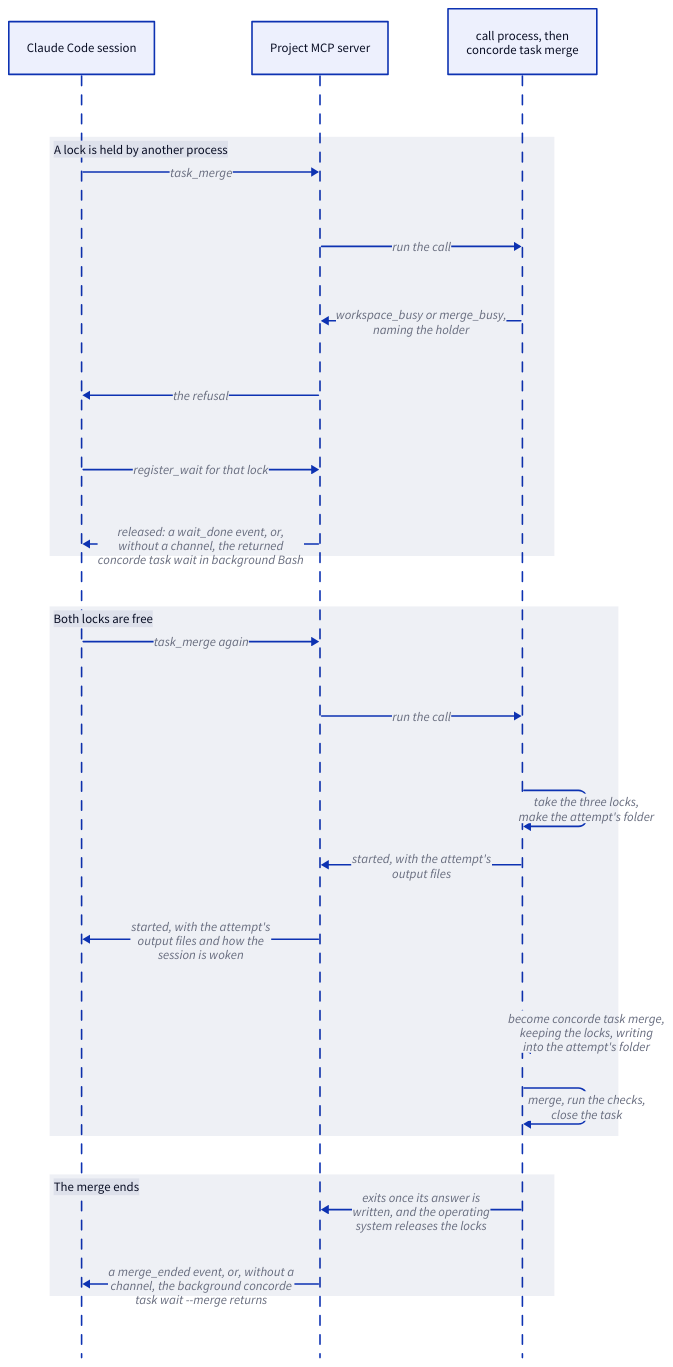
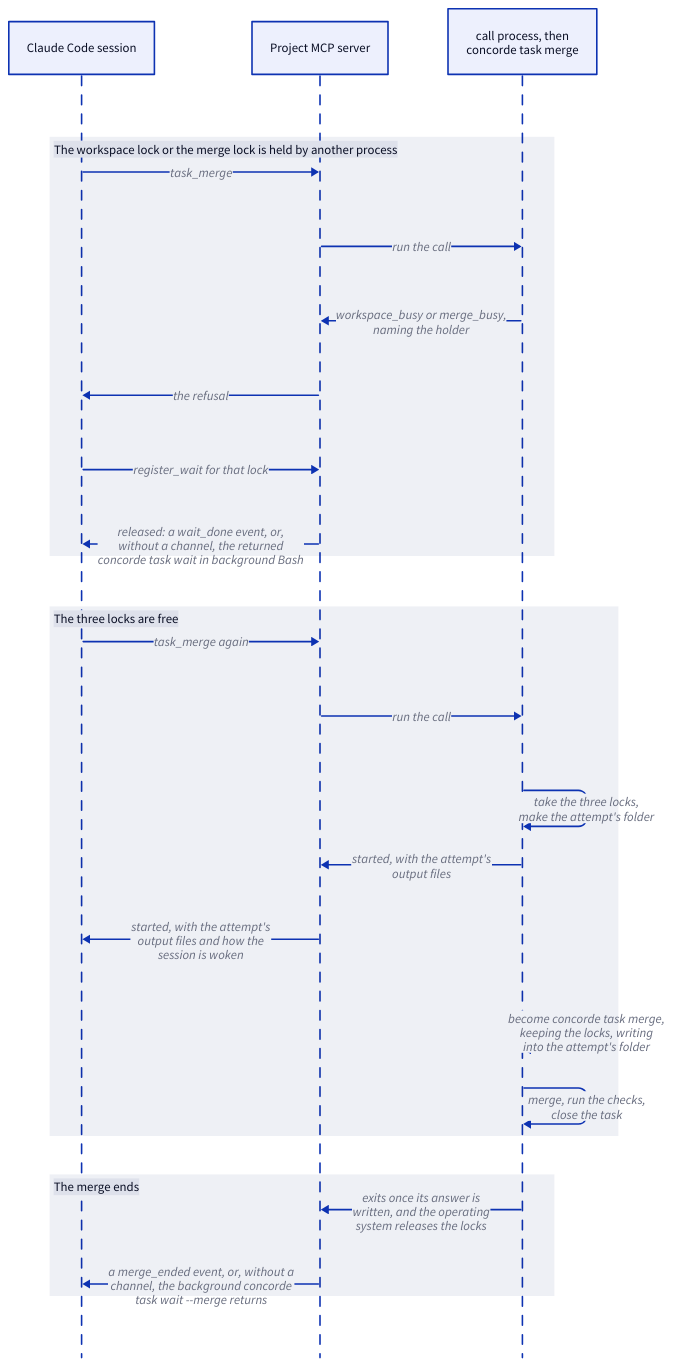
The third of 4 diagrams in specs/concorde/coordination/main-session/module.md (FTOD/concorde), drawn with D2 before and after one commit. The commit also changed other lines of this file and 14 other files, not shown here.

````diff
--- a/specs/concorde/coordination/main-session/module.md
+++ b/specs/concorde/coordination/main-session/module.md
@@ -969,27 +984,27 @@
 ```d2 illustrative
 shape: sequence_diagram
 session: Claude Code session
 server: Project MCP server
 merge: "call process, then\nconcorde task merge"
-busy: "A lock is held by another process" {
+busy: "The workspace lock or the merge lock is held by another process" {
   session -> server: task_merge
   server -> merge: "run the call"
   merge -> server: "workspace_busy or merge_busy,\nnaming the holder"
   server -> session: "the refusal"
   session -> server: register_wait for that lock
   server -> session: "released: a wait_done event, or,\nwithout a channel, the returned\nconcorde task wait in background Bash"
 }
-granted: "Both locks are free" {
+granted: "The three locks are free" {
   session -> server: task_merge again
   server -> merge: "run the call"
   merge -> merge: "take the three locks,\nmake the attempt's folder"
   merge -> server: "started, with the attempt's\noutput files"
   server -> session: "started, with the attempt's\noutput files and how the\nsession is woken"
   merge -> merge: "become concorde task merge,\nkeeping the locks, writing\ninto the attempt's folder"
   merge -> merge: "merge, run the checks,\nclose the task"
 }
 ended: "The merge ends" {
   merge -> server: "exits once its answer is\nwritten, and the operating\nsystem releases the locks"
   server -> session: "a merge_ended event, or, without a\nchannel, the background concorde\ntask wait --merge returns"
 }
 ```
````
